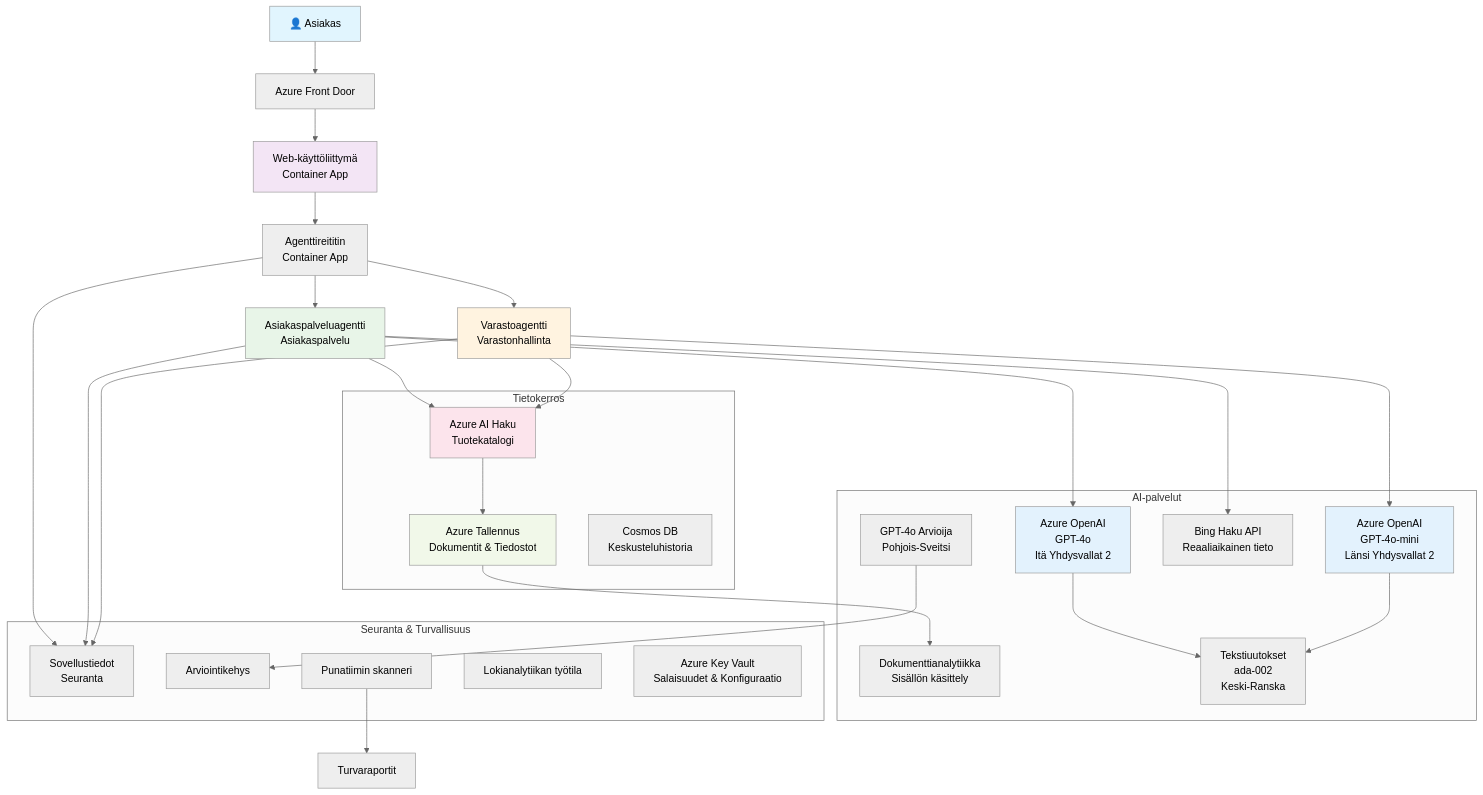
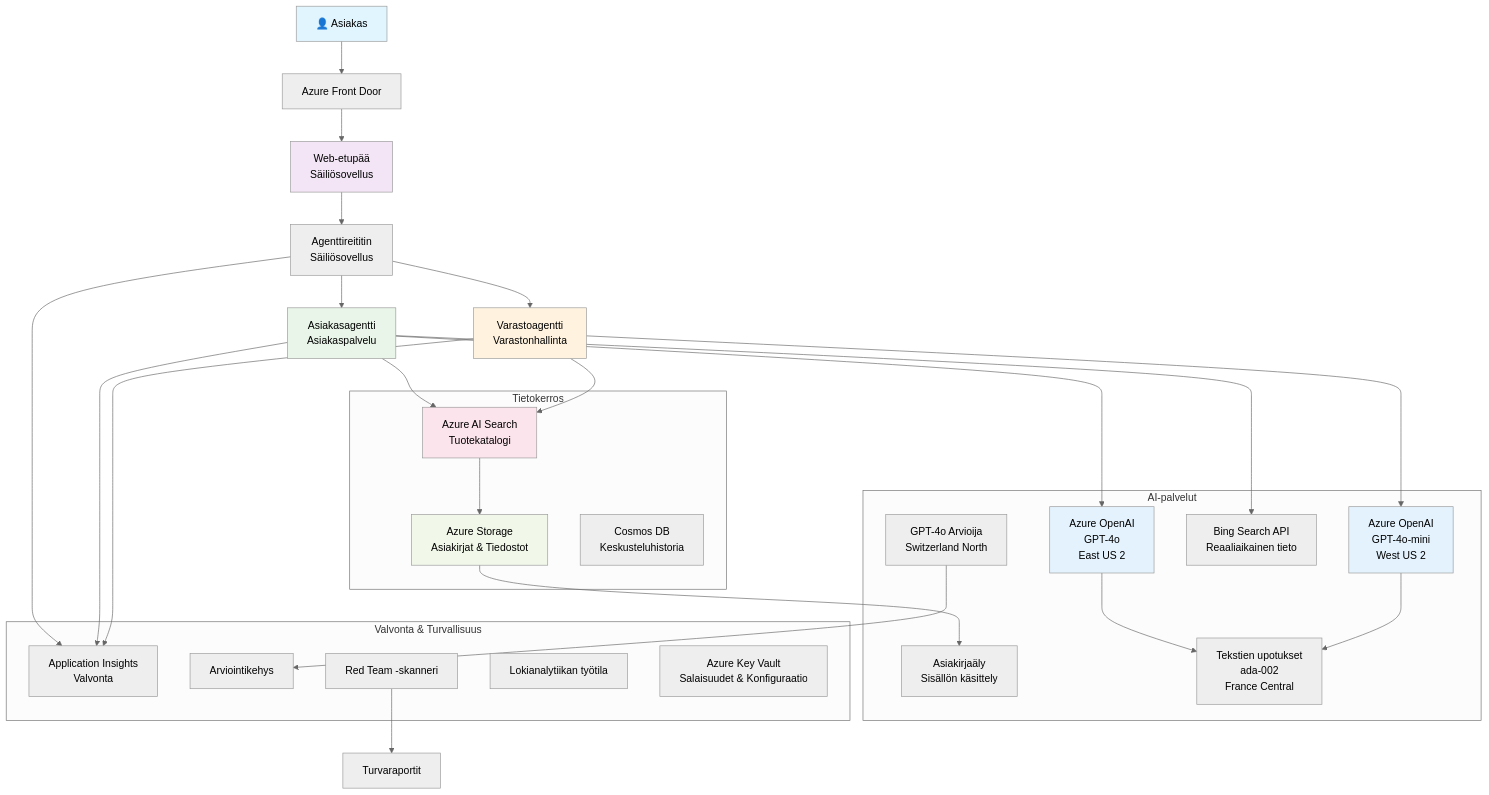
The diagram in translations/fi/examples/retail-scenario.md (microsoft/AZD-for-beginners), drawn with Mermaid (neutral theme) before and after one commit. The commit also changed other lines of this file and 242 other files, not shown here.

````diff
--- a/translations/fi/examples/retail-scenario.md
+++ b/translations/fi/examples/retail-scenario.md
@@ -148,61 +139,61 @@
 ```mermaid
 graph TB
     User[👤 Asiakas] --> LB[Azure Front Door]
-    LB --> WebApp[Web-käyttöliittymä<br/>Container App]
+    LB --> WebApp[Web-etupää<br/>Säiliösovellus]
     
-    WebApp --> Router[Agenttireititin<br/>Container App]
-    Router --> CustomerAgent[Asiakaspalveluagentti<br/>Asiakaspalvelu]
+    WebApp --> Router[Agenttireititin<br/>Säiliösovellus]
+    Router --> CustomerAgent[Asiakasagentti<br/>Asiakaspalvelu]
     Router --> InvAgent[Varastoagentti<br/>Varastonhallinta]
     
-    CustomerAgent --> OpenAI1[Azure OpenAI<br/>GPT-4o<br/>Itä Yhdysvallat 2]
-    InvAgent --> OpenAI2[Azure OpenAI<br/>GPT-4o-mini<br/>Länsi Yhdysvallat 2]
+    CustomerAgent --> OpenAI1[Azure OpenAI<br/>GPT-4o<br/>East US 2]
+    InvAgent --> OpenAI2[Azure OpenAI<br/>GPT-4o-mini<br/>West US 2]
     
-    CustomerAgent --> AISearch[Azure AI Haku<br/>Tuotekatalogi]
-    CustomerAgent --> BingSearch[Bing Haku API<br/>Reaaliaikainen tieto]
+    CustomerAgent --> AISearch[Azure AI Search<br/>Tuotekatalogi]
+    CustomerAgent --> BingSearch[Bing Search API<br/>Reaaliaikainen tieto]
     InvAgent --> AISearch
     
-    AISearch --> Storage[Azure Tallennus<br/>Dokumentit & Tiedostot]
-    Storage --> DocIntel[Dokumenttianalytiikka<br/>Sisällön käsittely]
+    AISearch --> Storage[Azure Storage<br/>Asiakirjat & Tiedostot]
+    Storage --> DocIntel[Asiakirjaäly<br/>Sisällön käsittely]
     
-    OpenAI1 --> Embeddings[Tekstiuutokset<br/>ada-002<br/>Keski-Ranska]
+    OpenAI1 --> Embeddings[Tekstien upotukset<br/>ada-002<br/>France Central]
     OpenAI2 --> Embeddings
     
-    Router --> AppInsights[Sovellustiedot<br/>Seuranta]
+    Router --> AppInsights[Application Insights<br/>Valvonta]
     CustomerAgent --> AppInsights
     InvAgent --> AppInsights
     
-    GraderModel[GPT-4o Arvioija<br/>Pohjois-Sveitsi] --> Evaluation[Arviointikehys]
-    RedTeam[Punatiimin skanneri] --> SecurityReports[Turvaraportit]
+    GraderModel[GPT-4o Arvioija<br/>Switzerland North] --> Evaluation[Arviointikehys]
+    RedTeam[Red Team -skanneri] --> SecurityReports[Turvaraportit]
     
     subgraph "Tietokerros"
         Storage
         AISearch
         CosmosDB[Cosmos DB<br/>Keskusteluhistoria]
     end
     
     subgraph "AI-palvelut"
         OpenAI1
         OpenAI2
         Embeddings
         GraderModel
         DocIntel
         BingSearch
     end
     
-    subgraph "Seuranta & Turvallisuus"
+    subgraph "Valvonta & Turvallisuus"
         AppInsights
         LogAnalytics[Lokianalytiikan työtila]
         KeyVault[Azure Key Vault<br/>Salaisuudet & Konfiguraatio]
         RedTeam
         Evaluation
     end
     
     style User fill:#e1f5fe
     style WebApp fill:#f3e5f5
     style CustomerAgent fill:#e8f5e8
     style InvAgent fill:#fff3e0
     style OpenAI1 fill:#e3f2fd
     style OpenAI2 fill:#e3f2fd
     style AISearch fill:#fce4ec
     style Storage fill:#f1f8e9
 ```
````
